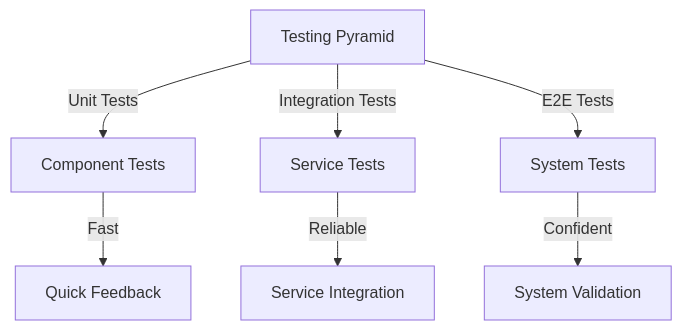
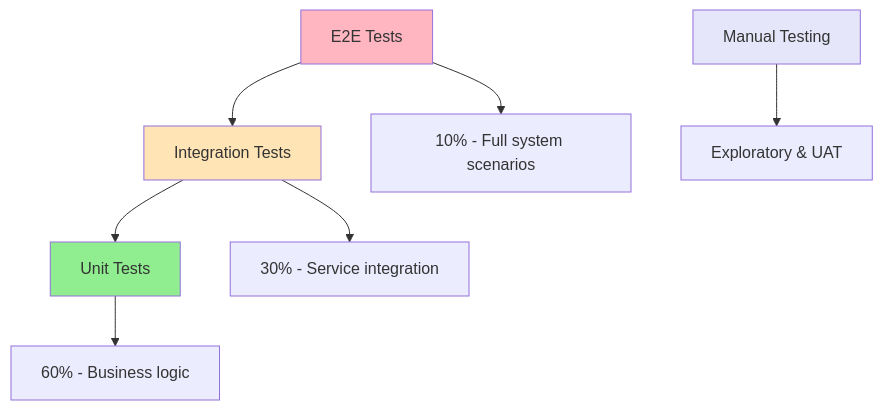
Before and after one commit to flamingo-stack/openframe-oss-tenant: the first of 2 diagrams in docs/development/testing/overview.md, drawn with Mermaid. The commit also changed other lines of this file and 9 other files, not shown here.

````diff
--- a/docs/development/testing/overview.md
+++ b/docs/development/testing/overview.md
@@ -7,9 +11,16 @@
 ```mermaid
 graph TD
-    A[Testing Pyramid] -->|Unit Tests| B[Component Tests]
-    A -->|Integration Tests| C[Service Tests]
-    A -->|E2E Tests| D[System Tests]
-    B -->|Fast| E[Quick Feedback]
-    C -->|Reliable| F[Service Integration]
-    D -->|Confident| G[System Validation]
+    A[E2E Tests] --> B[Integration Tests]
+    B --> C[Unit Tests]
+    
+    A --> D["10% - Full system scenarios"]
+    B --> E["30% - Service integration"]
+    C --> F["60% - Business logic"]
+    
+    G[Manual Testing] --> H["Exploratory & UAT"]
+    
+    style C fill:#90EE90
+    style B fill:#FFE4B5
+    style A fill:#FFB6C1
+    style G fill:#E6E6FA
 ```
````
